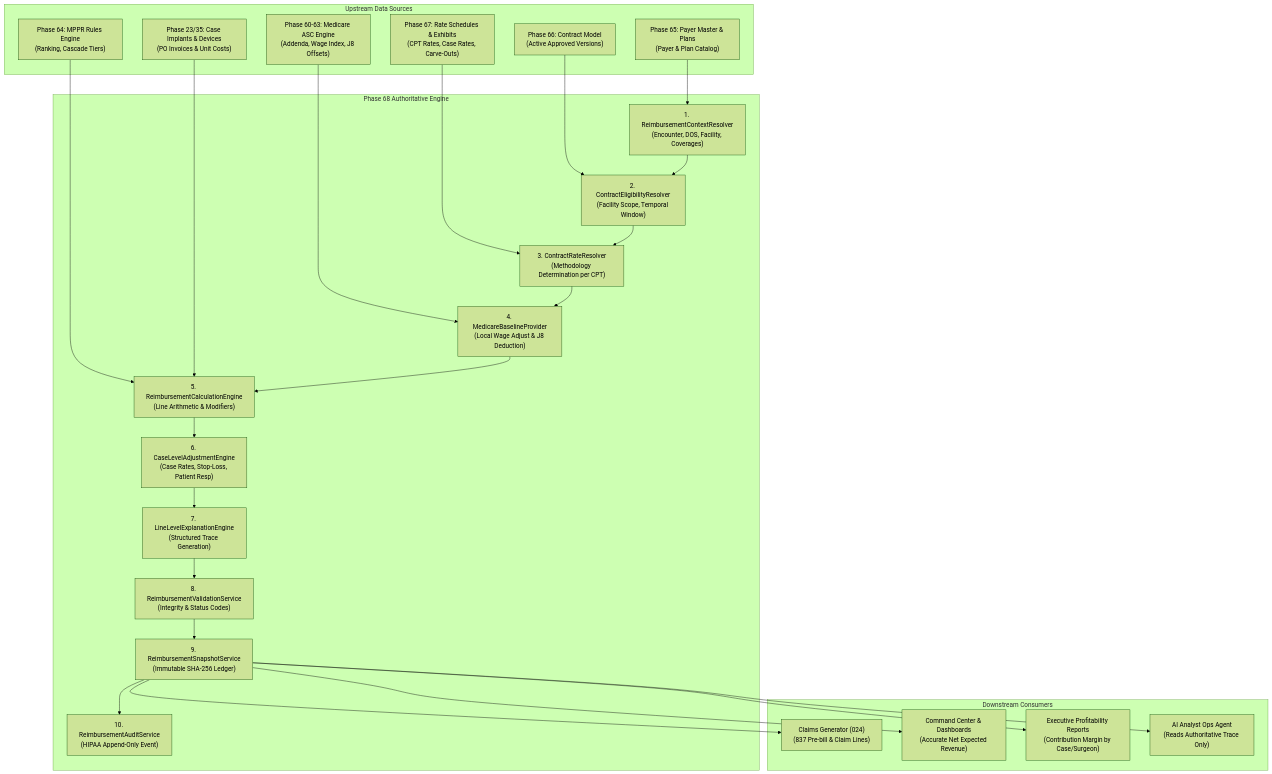
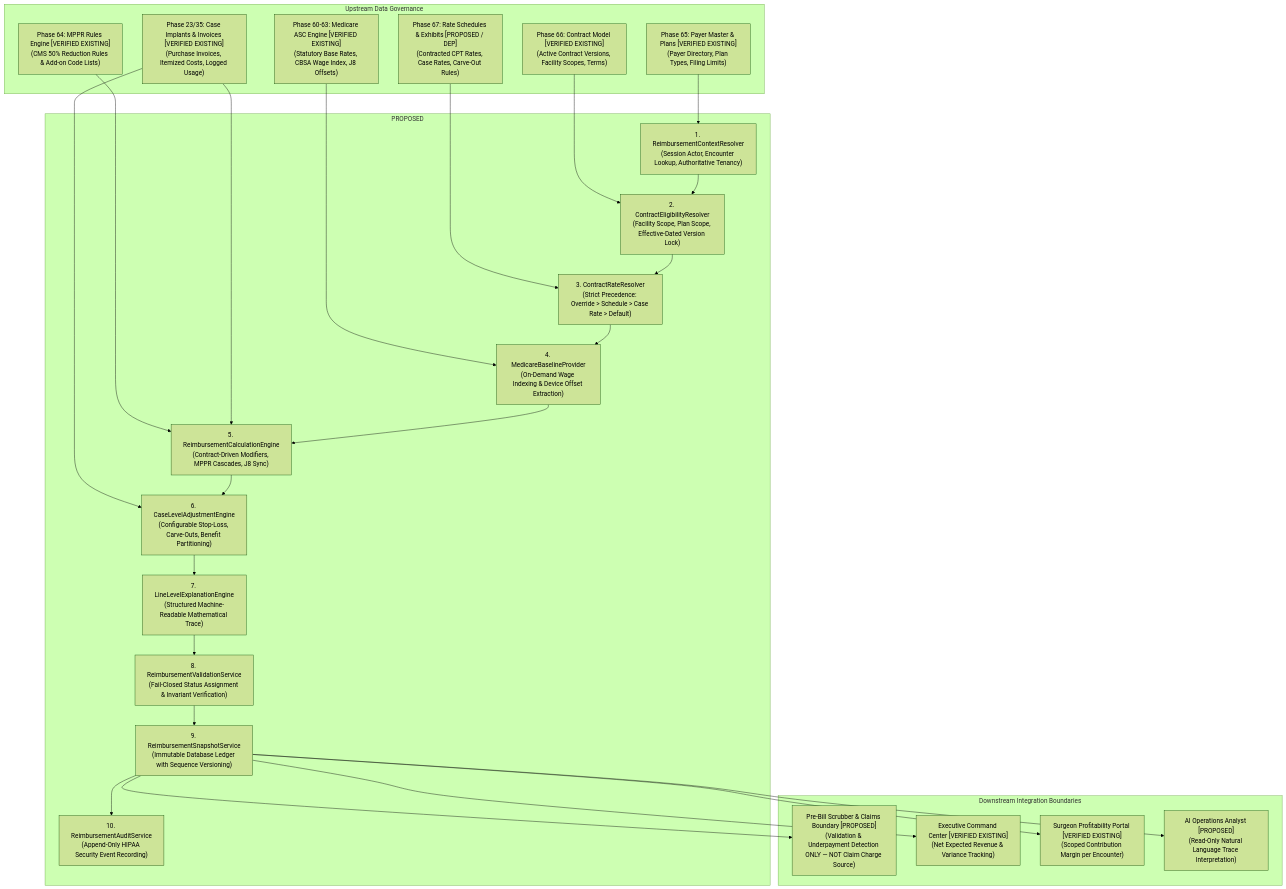
The first of 3 diagrams in docs/phases/68_TARGET_ARCHITECTURE.md (dilpreetsinghjs5196/asc-prototype), drawn with Mermaid (forest theme) before and after one commit. The commit also changed other lines of this file, not shown here.

Commit message:
docs(phase-68): review and finalize target architecture specification with strict governance, P0/P1 corrections, and status model

````diff
--- a/docs/phases/68_TARGET_ARCHITECTURE.md
+++ b/docs/phases/68_TARGET_ARCHITECTURE.md
@@ -17,45 +34,46 @@
 ```mermaid
 flowchart TD
-    subgraph Upstream Data Sources
-        U1["Phase 60-63: Medicare ASC Engine<br/>(Addenda, Wage Index, J8 Offsets)"]
-        U2["Phase 64: MPPR Rules Engine<br/>(Ranking, Cascade Tiers)"]
-        U3["Phase 65: Payer Master & Plans<br/>(Payer & Plan Catalog)"]
-        U4["Phase 66: Contract Model<br/>(Active Approved Versions)"]
-        U5["Phase 67: Rate Schedules & Exhibits<br/>(CPT Rates, Case Rates, Carve-Outs)"]
-        U6["Phase 23/35: Case Implants & Devices<br/>(PO Invoices & Unit Costs)"]
+    subgraph Upstream Data Governance
+        U1["Phase 60-63: Medicare ASC Engine [VERIFIED EXISTING]<br/>(Statutory Base Rates, CBSA Wage Index, J8 Offsets)"]
+        U2["Phase 64: MPPR Rules Engine [VERIFIED EXISTING]<br/>(CMS 50% Reduction Rules & Add-on Code Lists)"]
+        U3["Phase 65: Payer Master & Plans [VERIFIED EXISTING]<br/>(Payer Directory, Plan Types, Filing Limits)"]
+        U4["Phase 66: Contract Model [VERIFIED EXISTING]<br/>(Active Contract Versions, Facility Scopes, Terms)"]
+        U5["Phase 67: Rate Schedules & Exhibits [PROPOSED / DEP]<br/>(Contracted CPT Rates, Case Rates, Carve-Out Rules)"]
+        U6["Phase 23/35: Case Implants & Invoices [VERIFIED EXISTING]<br/>(Purchase Invoices, Itemized Costs, Logged Usage)"]
     end
 
-    subgraph Phase 68 Authoritative Engine
-        R1["1. ReimbursementContextResolver<br/>(Encounter, DOS, Facility, Coverages)"]
-        R2["2. ContractEligibilityResolver<br/>(Facility Scope, Temporal Window)"]
-        R3["3. ContractRateResolver<br/>(Methodology Determination per CPT)"]
-        R4["4. MedicareBaselineProvider<br/>(Local Wage Adjust & J8 Deduction)"]
-        R5["5. ReimbursementCalculationEngine<br/>(Line Arithmetic & Modifiers)"]
-        R6["6. CaseLevelAdjustmentEngine<br/>(Case Rates, Stop-Loss, Patient Resp)"]
-        R7["7. LineLevelExplanationEngine<br/>(Structured Trace Generation)"]
-        R8["8. ReimbursementValidationService<br/>(Integrity & Status Codes)"]
-        R9["9. ReimbursementSnapshotService<br/>(Immutable SHA-256 Ledger)"]
-        R10["10. ReimbursementAuditService<br/>(HIPAA Append-Only Event)"]
+    subgraph Phase 68 Server-Side Engine Pipeline [PROPOSED]
+        R1["1. ReimbursementContextResolver<br/>(Session Actor, Encounter Lookup, Authoritative Tenancy)"]
+        R2["2. ContractEligibilityResolver<br/>(Facility Scope, Plan Scope, Effective-Dated Version Lock)"]
+        R3["3. ContractRateResolver<br/>(Strict Precedence: Override > Schedule > Case Rate > Default)"]
+        R4["4. MedicareBaselineProvider<br/>(On-Demand Wage Indexing & Device Offset Extraction)"]
+        R5["5. ReimbursementCalculationEngine<br/>(Contract-Driven Modifiers, MPPR Cascades, J8 Sync)"]
+        R6["6. CaseLevelAdjustmentEngine<br/>(Configurable Stop-Loss, Carve-Outs, Benefit Partitioning)"]
+        R7["7. LineLevelExplanationEngine<br/>(Structured Machine-Readable Mathematical Trace)"]
+        R8["8. ReimbursementValidationService<br/>(Fail-Closed Status Assignment & Invariant Verification)"]
+        R9["9. ReimbursementSnapshotService<br/>(Immutable Database Ledger with Sequence Versioning)"]
+        R10["10. ReimbursementAuditService<br/>(Append-Only HIPAA Security Event Recording)"]
     end
 
-    subgraph Downstream Consumers
-        C1["Claims Generator (024)<br/>(837 Pre-bill & Claim Lines)"]
-        C2["Command Center & Dashboards<br/>(Accurate Net Expected Revenue)"]
-        C3["Executive Profitability Reports<br/>(Contribution Margin by Case/Surgeon)"]
-        C4["AI Analyst Ops Agent<br/>(Reads Authoritative Trace Only)"]
+    subgraph Downstream Integration Boundaries
+        C1["Pre-Bill Scrubber & Claims Boundary [PROPOSED]<br/>(Validation & Underpayment Detection ONLY — NOT Claim Charge Source)"]
+        C2["Executive Command Center [VERIFIED EXISTING]<br/>(Net Expected Revenue & Variance Tracking)"]
+        C3["Surgeon Profitability Portal [VERIFIED EXISTING]<br/>(Scoped Contribution Margin per Encounter)"]
+        C4["AI Operations Analyst [PROPOSED]<br/>(Read-Only Natural Language Trace Interpretation)"]
     end
 
     U1 --> R4
     U2 --> R5
     U3 --> R1
     U4 --> R2
     U5 --> R3
     U6 --> R5
+    U6 --> R6
 
     R1 --> R2 --> R3 --> R4 --> R5 --> R6 --> R7 --> R8 --> R9 --> R10
 
     R9 --> C1
     R9 --> C2
     R9 --> C3
     R9 --> C4
 ```
````
